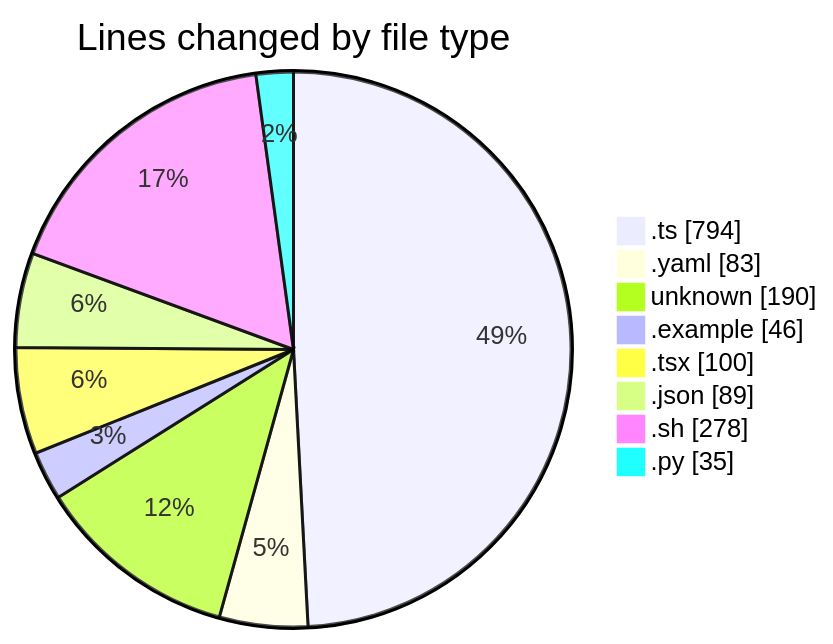
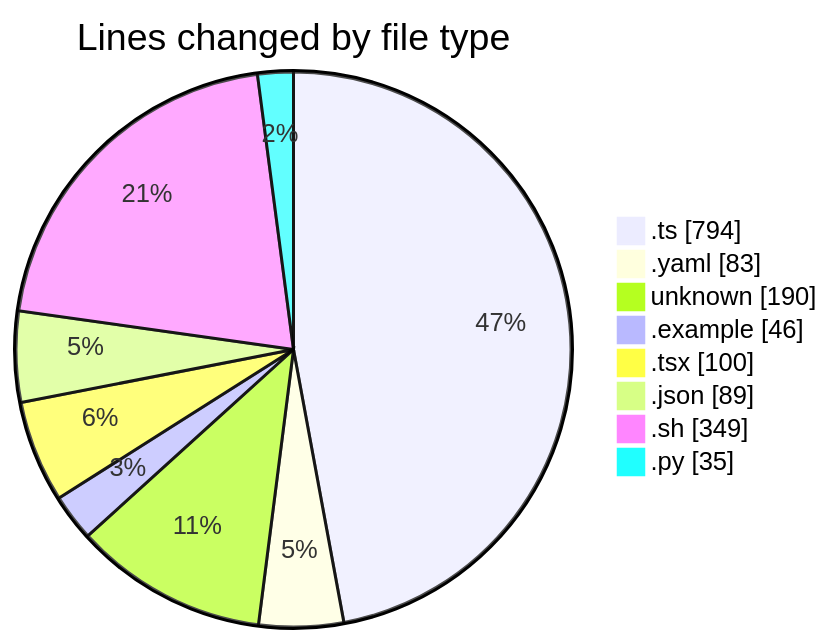
One commit to mevix1/code-tracking changed the first of 2 diagrams in 2025-10-01/open-health/README.md. Above: the diagram before and after it, drawn with Mermaid. The commit also changed other lines of this file and 1 other file, not shown here.

````diff
--- a/2025-10-01/open-health/README.md
+++ b/2025-10-01/open-health/README.md
@@ -43,12 +45,12 @@
 ```mermaid
 pie showData
 title Lines changed by file type
 ".ts" : 794
 ".yaml" : 83
 "unknown" : 190
 ".example" : 46
 ".tsx" : 100
 ".json" : 89
-".sh" : 278
+".sh" : 349
 ".py" : 35
 ```
````
